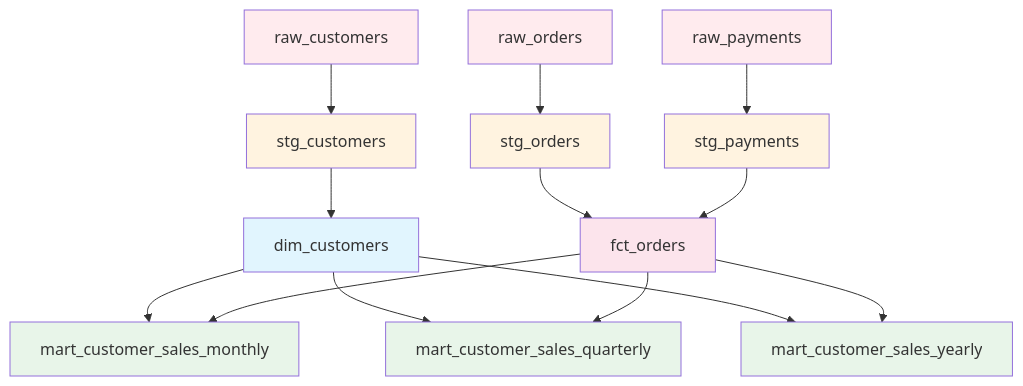
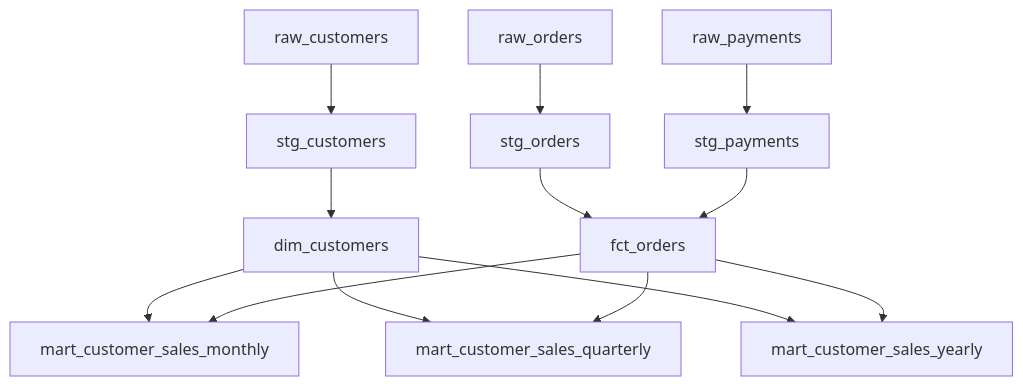
One commit to 1210yuichi0/1210yuichi0.github.io changed the third of 4 diagrams in content/Tech/dbt/tutorials/tutorial-02-dimensional.md. Above: the diagram before and after it, drawn with Mermaid. The commit also changed other lines of this file and 22 other files, not shown here.

First line of the commit message:
style: remove Mermaid style directives for dark mode compatibility

````diff
--- a/content/Tech/dbt/tutorials/tutorial-02-dimensional.md
+++ b/content/Tech/dbt/tutorials/tutorial-02-dimensional.md
@@ -460,31 +450,20 @@
 ```mermaid
 flowchart TB
     A[raw_customers] --> B[stg_customers]
     C[raw_orders] --> D[stg_orders]
     E[raw_payments] --> F[stg_payments]
 
     B --> G[dim_customers]
     D --> H[fct_orders]
     F --> H
 
     G --> I[mart_customer_sales_monthly]
     H --> I
 
     G --> J[mart_customer_sales_quarterly]
     H --> J
 
     G --> K[mart_customer_sales_yearly]
     H --> K
 
-    style A fill:#ffebee
-    style C fill:#ffebee
-    style E fill:#ffebee
-    style B fill:#fff3e0
-    style D fill:#fff3e0
-    style F fill:#fff3e0
-    style G fill:#e1f5fe
-    style H fill:#fce4ec
-    style I fill:#e8f5e9
-    style J fill:#e8f5e9
-    style K fill:#e8f5e9
 ```
````
